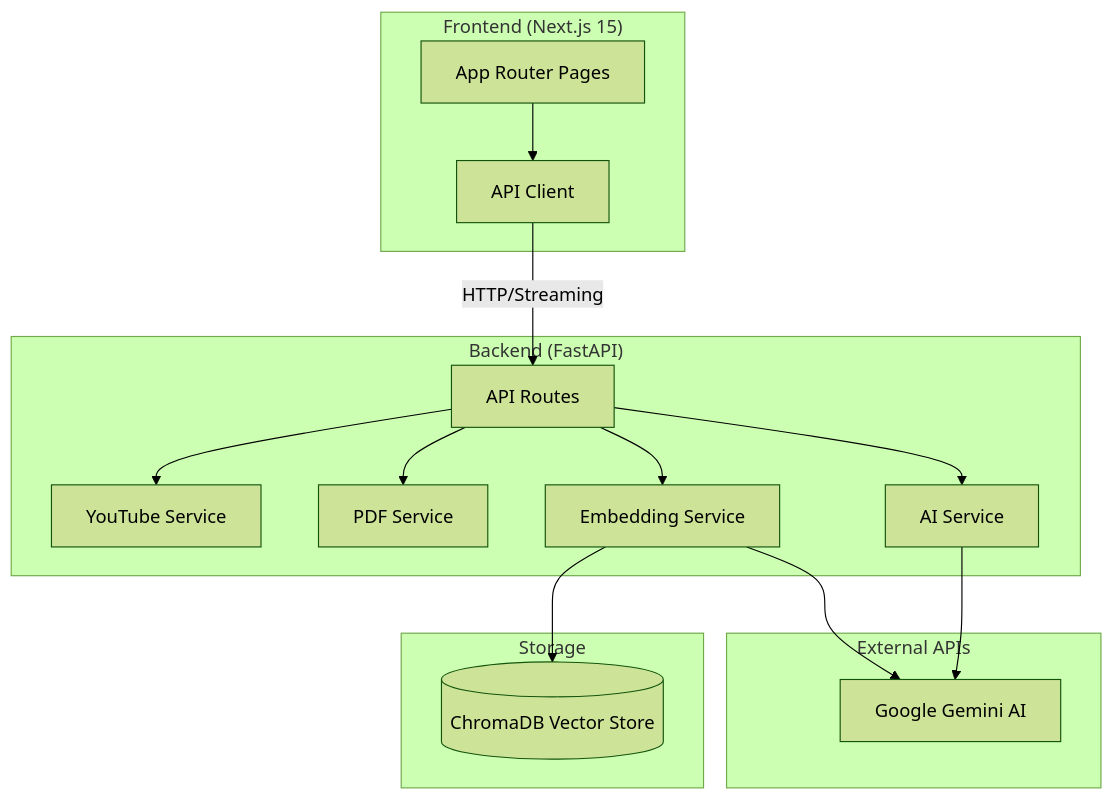
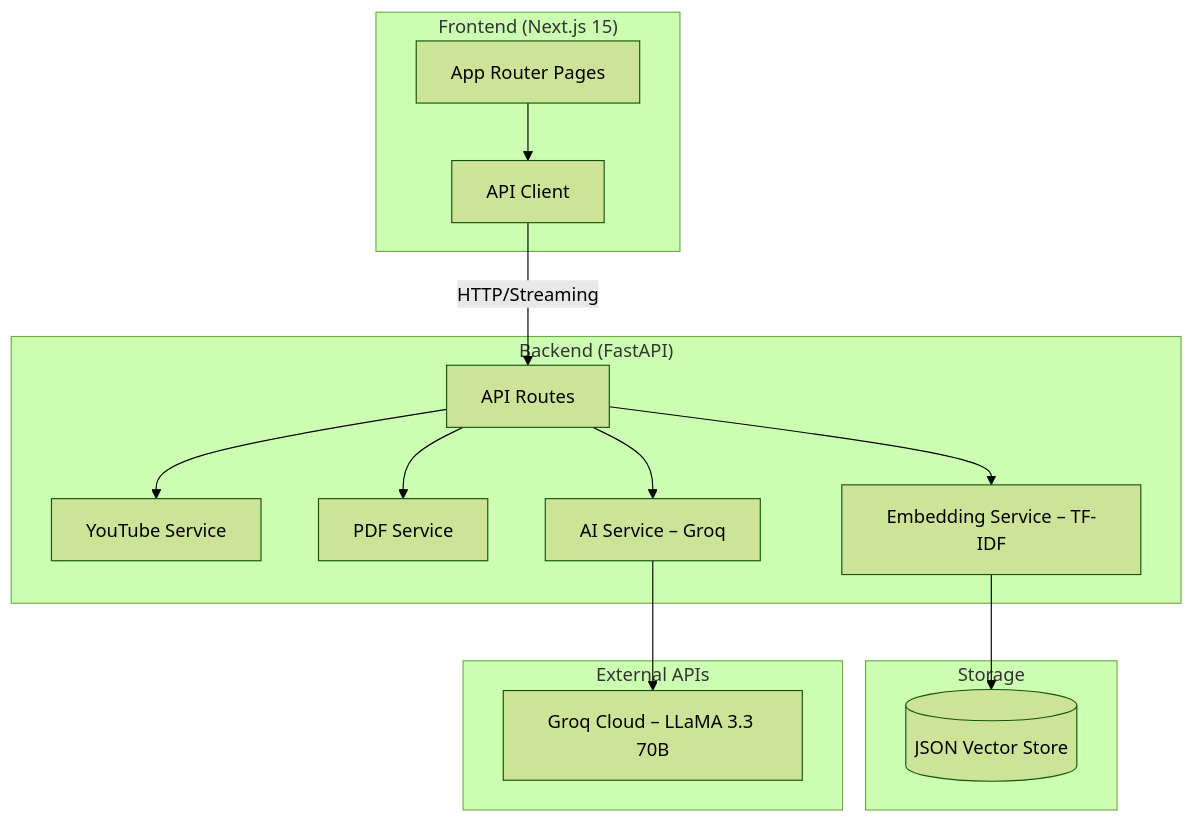
The diagram in README.md (nikhildhankhar124106/LearnAI), drawn with Mermaid (forest theme) before and after one commit. The commit also changed other lines of this file, not shown here.

Commit message:
docs: update README to reflect Groq, TF-IDF, and deployment changes

````diff
--- a/README.md
+++ b/README.md
@@ -7,33 +9,32 @@
 ```mermaid
 graph TB
     subgraph Frontend ["Frontend (Next.js 15)"]
         UI[App Router Pages]
         API_CLIENT[API Client]
     end
 
     subgraph Backend ["Backend (FastAPI)"]
         ROUTES[API Routes]
         YT[YouTube Service]
         PDF[PDF Service]
-        EMB[Embedding Service]
-        AI[AI Service]
+        EMB[Embedding Service – TF-IDF]
+        AI[AI Service – Groq]
     end
 
     subgraph Storage ["Storage"]
-        CHROMA[(ChromaDB Vector Store)]
+        JSON[(JSON Vector Store)]
     end
 
     subgraph External ["External APIs"]
-        GEMINI[Google Gemini AI]
+        GROQ[Groq Cloud – LLaMA 3.3 70B]
     end
 
     UI --> API_CLIENT
     API_CLIENT -->|HTTP/Streaming| ROUTES
     ROUTES --> YT
     ROUTES --> PDF
     ROUTES --> EMB
     ROUTES --> AI
-    EMB --> CHROMA
-    EMB --> GEMINI
-    AI --> GEMINI
+    EMB --> JSON
+    AI --> GROQ
 ```
````
